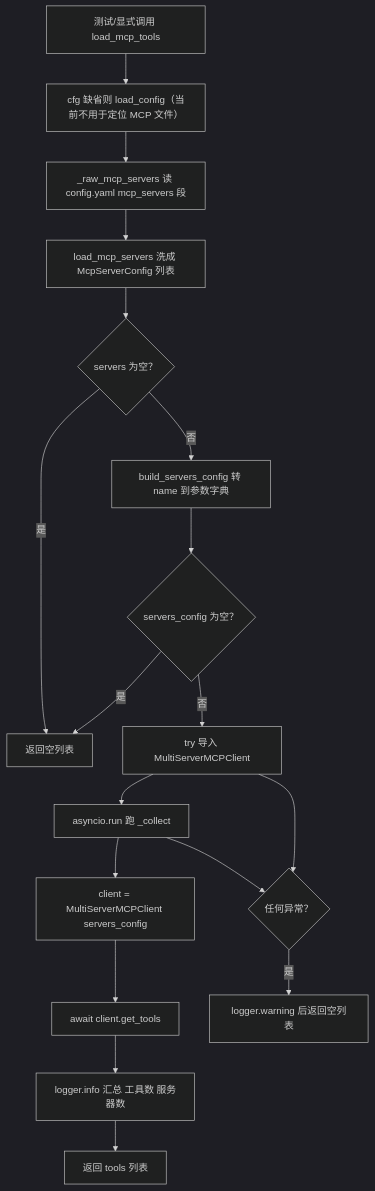
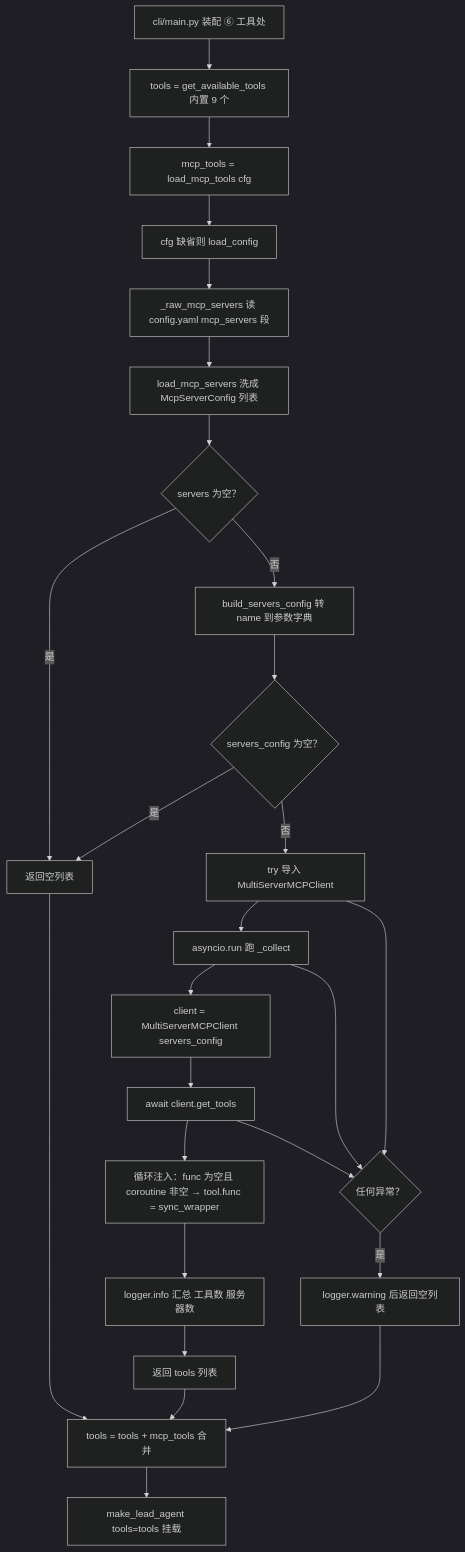
Before and after one commit to G0-000/AgentFlow: the diagram in doc/doc-code/mcp/tools.md, drawn with Mermaid (dark theme). The commit also changed other lines of this file and 62 other files, not shown here.

````diff
--- a/doc/doc-code/mcp/tools.md
+++ b/doc/doc-code/mcp/tools.md
@@ -96,20 +133,28 @@
 ```mermaid
 flowchart TD
-    A["测试/显式调用 load_mcp_tools"] --> B["cfg 缺省则 load_config（当前不用于定位 MCP 文件）"]
-    B --> C["_raw_mcp_servers 读 config.yaml mcp_servers 段"]
-    C --> D["load_mcp_servers 洗成 McpServerConfig 列表"]
-    D --> E{"servers 为空？"}
-    E -->|"是"| Z["返回空列表"]
-    E -->|"否"| F["build_servers_config 转 name 到参数字典"]
-    F --> G{"servers_config 为空？"}
-    G -->|"是"| Z
-    G -->|"否"| H["try 导入 MultiServerMCPClient"]
-    H --> I["asyncio.run 跑 _collect"]
-    I --> J["client = MultiServerMCPClient servers_config"]
-    J --> K["await client.get_tools"]
-    K --> L["logger.info 汇总 工具数 服务器数"]
-    L --> M["返回 tools 列表"]
-    H --> N{"任何异常？"}
-    I --> N
-    N -->|"是"| O["logger.warning 后返回空列表"]
+    A["cli/main.py 装配 ⑥ 工具处"] --> B["tools = get_available_tools 内置 9 个"]
+    B --> C["mcp_tools = load_mcp_tools cfg"]
+    C --> D["cfg 缺省则 load_config"]
+    D --> E["_raw_mcp_servers 读 config.yaml mcp_servers 段"]
+    E --> F["load_mcp_servers 洗成 McpServerConfig 列表"]
+    F --> G{"servers 为空？"}
+    G -->|"是"| Z1["返回空列表"]
+    G -->|"否"| H["build_servers_config 转 name 到参数字典"]
+    H --> I{"servers_config 为空？"}
+    I -->|"是"| Z1
+    I -->|"否"| J["try 导入 MultiServerMCPClient"]
+    J --> K["asyncio.run 跑 _collect"]
+    K --> L["client = MultiServerMCPClient servers_config"]
+    L --> M["await client.get_tools"]
+    M --> N["循环注入：func 为空且 coroutine 非空 → tool.func = sync_wrapper"]
+    N --> O["logger.info 汇总 工具数 服务器数"]
+    O --> P["返回 tools 列表"]
+    J --> Q{"任何异常？"}
+    K --> Q
+    M --> Q
+    Q -->|"是"| R["logger.warning 后返回空列表"]
+    P --> S["tools = tools + mcp_tools 合并"]
+    Z1 --> S
+    R --> S
+    S --> T["make_lead_agent tools=tools 挂载"]
 ```
````
